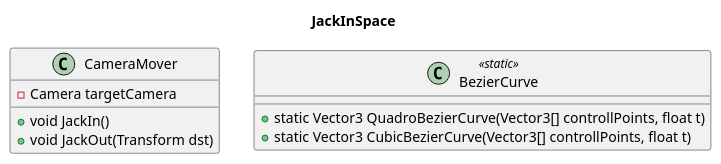
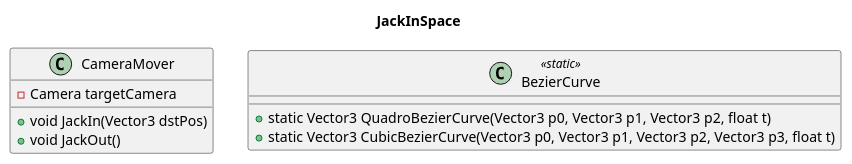
The diagram in Architecture/JIS.pu (ajingu/JackInSpaceMotion), drawn with PlantUML before and after one commit. The commit also changed 668 other files, not shown here.

```diff
--- a/Architecture/JIS.pu
+++ b/Architecture/JIS.pu
@@ -1,15 +1,15 @@
 @startuml
 title JackInSpace
 
 class CameraMover {
     - Camera targetCamera
-    + void JackIn()
-    + void JackOut(Transform dst)
+    + void JackIn(Vector3 dstPos)
+    + void JackOut()
 }
 
 class BezierCurve <<static>> {
-    + static Vector3 QuadroBezierCurve(Vector3[] controllPoints, float t)
-    + static Vector3 CubicBezierCurve(Vector3[] controllPoints, float t)
+    + static Vector3 QuadroBezierCurve(Vector3 p0, Vector3 p1, Vector3 p2, float t)
+    + static Vector3 CubicBezierCurve(Vector3 p0, Vector3 p1, Vector3 p2, Vector3 p3, float t)
 }
 
 @enduml
```
